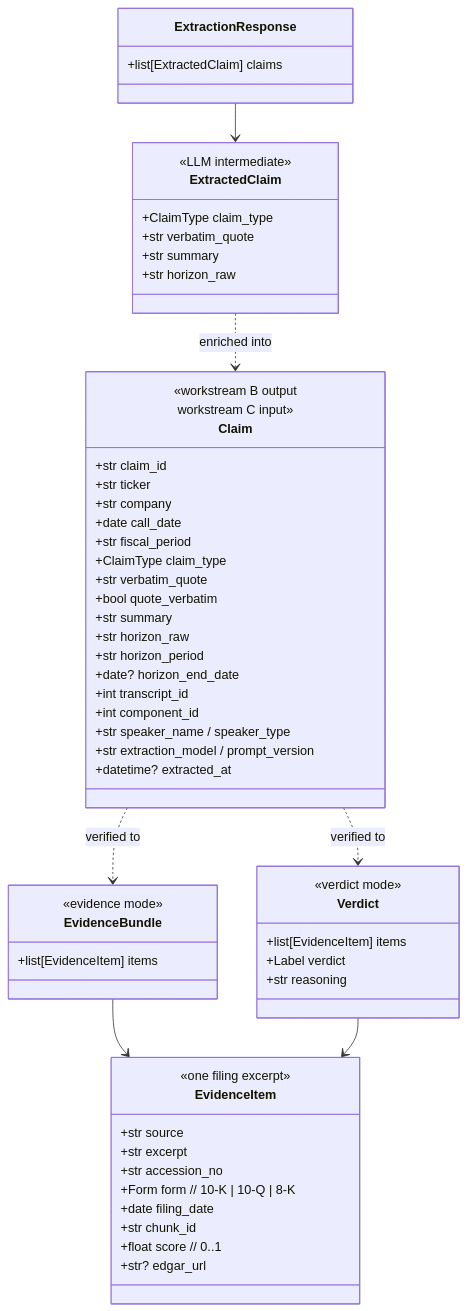
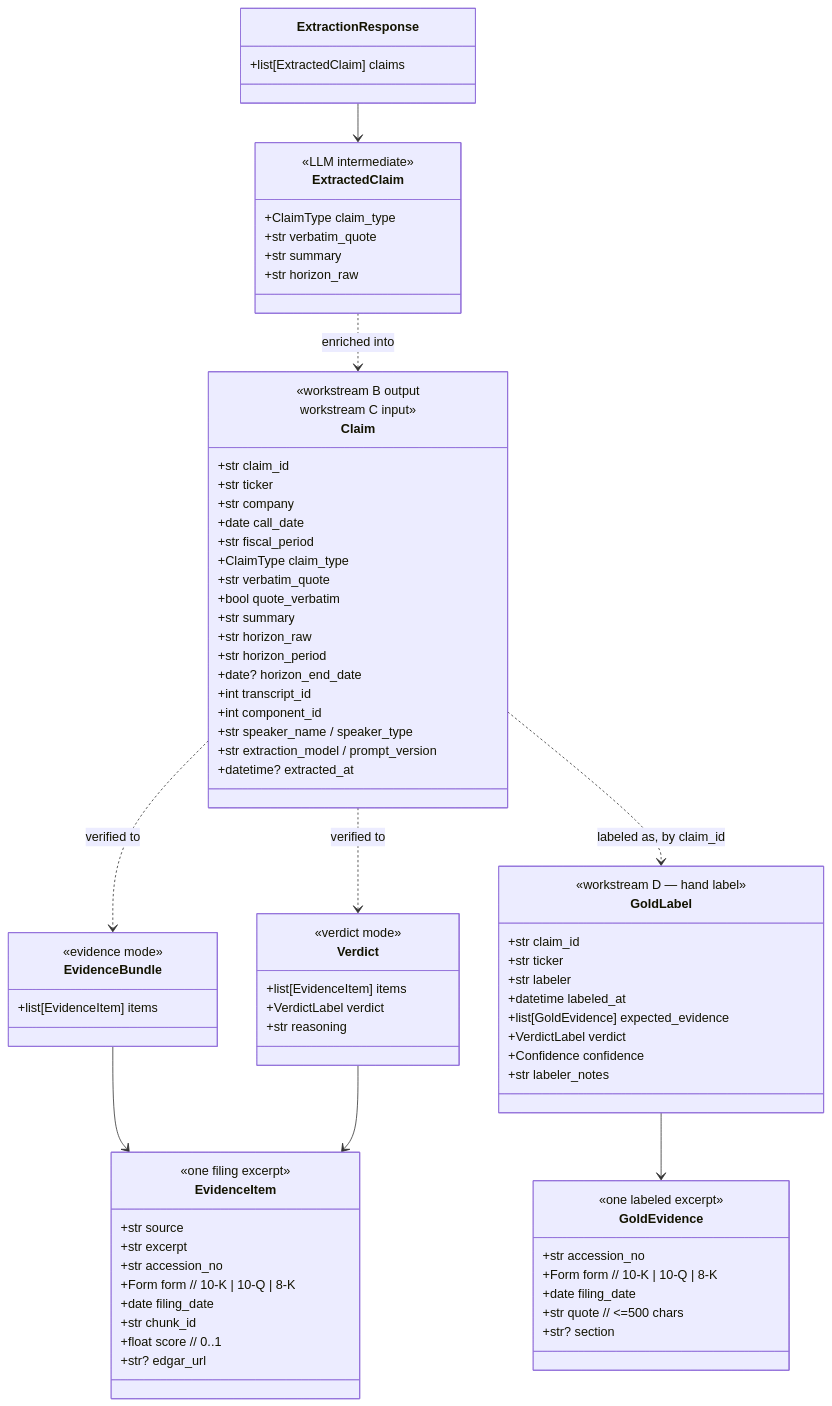
The second of 8 diagrams in docs/architecture.md (thomashillenbrand/finm-33200-group7), drawn with Mermaid before and after one commit. The commit also changed other lines of this file and 1 other file, not shown here.

Commit message:
update architecture doc with progress

````diff
--- a/docs/architecture.md
+++ b/docs/architecture.md
@@ -104,61 +108,82 @@
 ```mermaid
 classDiagram
     class ExtractedClaim {
       <<LLM intermediate>>
       +ClaimType claim_type
       +str verbatim_quote
       +str summary
       +str horizon_raw
     }
     class ExtractionResponse {
       +list[ExtractedClaim] claims
     }
     class Claim {
       <<workstream B output<br/>workstream C input>>
       +str claim_id
       +str ticker
       +str company
       +date call_date
       +str fiscal_period
       +ClaimType claim_type
       +str verbatim_quote
       +bool quote_verbatim
       +str summary
       +str horizon_raw
       +str horizon_period
       +date? horizon_end_date
       +int transcript_id
       +int component_id
       +str speaker_name / speaker_type
       +str extraction_model / prompt_version
       +datetime? extracted_at
     }
     class EvidenceItem {
       <<one filing excerpt>>
       +str source
       +str excerpt
       +str accession_no
       +Form form  // 10-K | 10-Q | 8-K
       +date filing_date
       +str chunk_id
       +float score  // 0..1
       +str? edgar_url
     }
     class EvidenceBundle {
       <<evidence mode>>
       +list[EvidenceItem] items
     }
     class Verdict {
       <<verdict mode>>
       +list[EvidenceItem] items
-      +Label verdict
+      +VerdictLabel verdict
       +str reasoning
+    }
+    class GoldEvidence {
+      <<one labeled excerpt>>
+      +str accession_no
+      +Form form  // 10-K | 10-Q | 8-K
+      +date filing_date
+      +str quote  // <=500 chars
+      +str? section
+    }
+    class GoldLabel {
+      <<workstream D — hand label>>
+      +str claim_id
+      +str ticker
+      +str labeler
+      +datetime labeled_at
+      +list[GoldEvidence] expected_evidence
+      +VerdictLabel verdict
+      +Confidence confidence
+      +str labeler_notes
     }
 
     ExtractionResponse --> ExtractedClaim
     ExtractedClaim ..> Claim : enriched into
     Claim ..> EvidenceBundle : verified to
     Claim ..> Verdict : verified to
     EvidenceBundle --> EvidenceItem
     Verdict --> EvidenceItem
+    GoldLabel --> GoldEvidence
+    Claim ..> GoldLabel : labeled as, by claim_id
 ```
````
